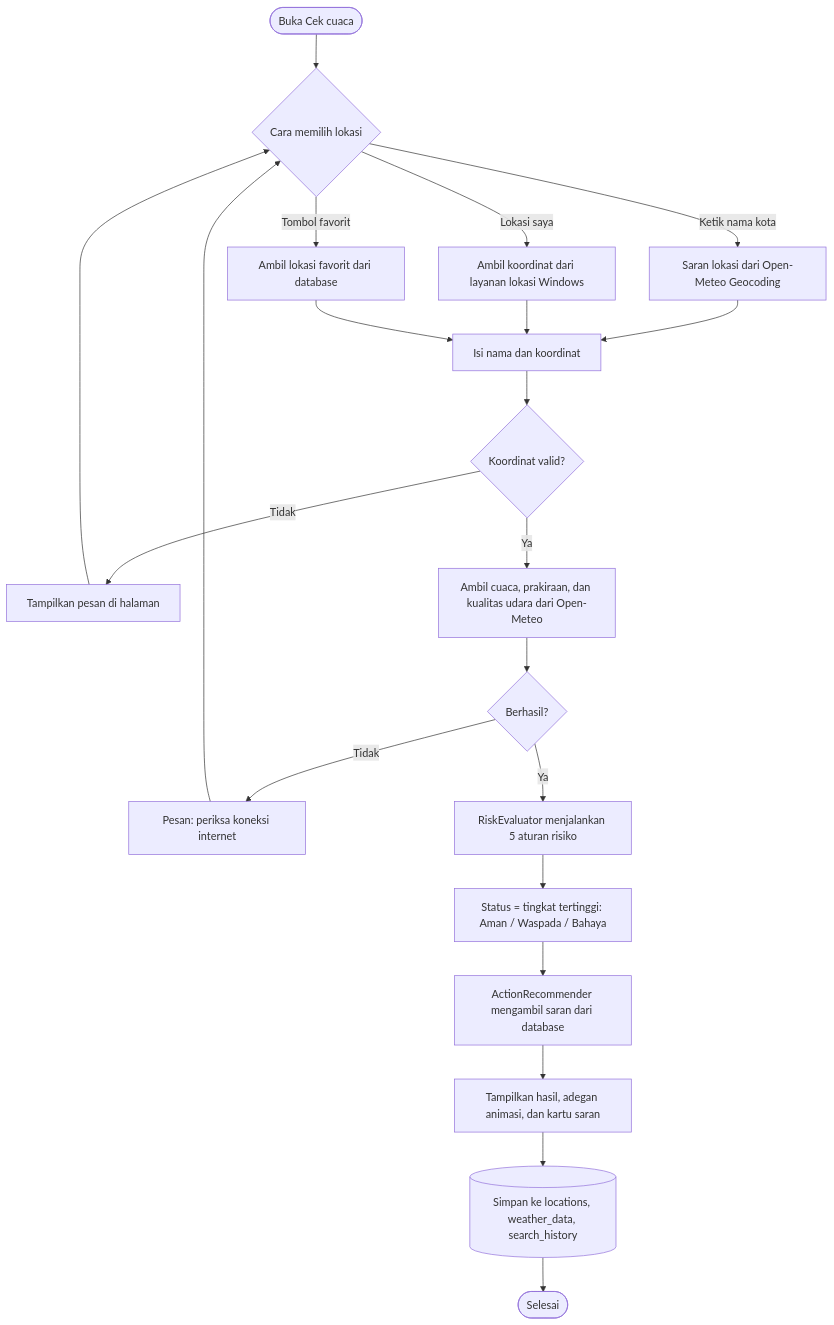
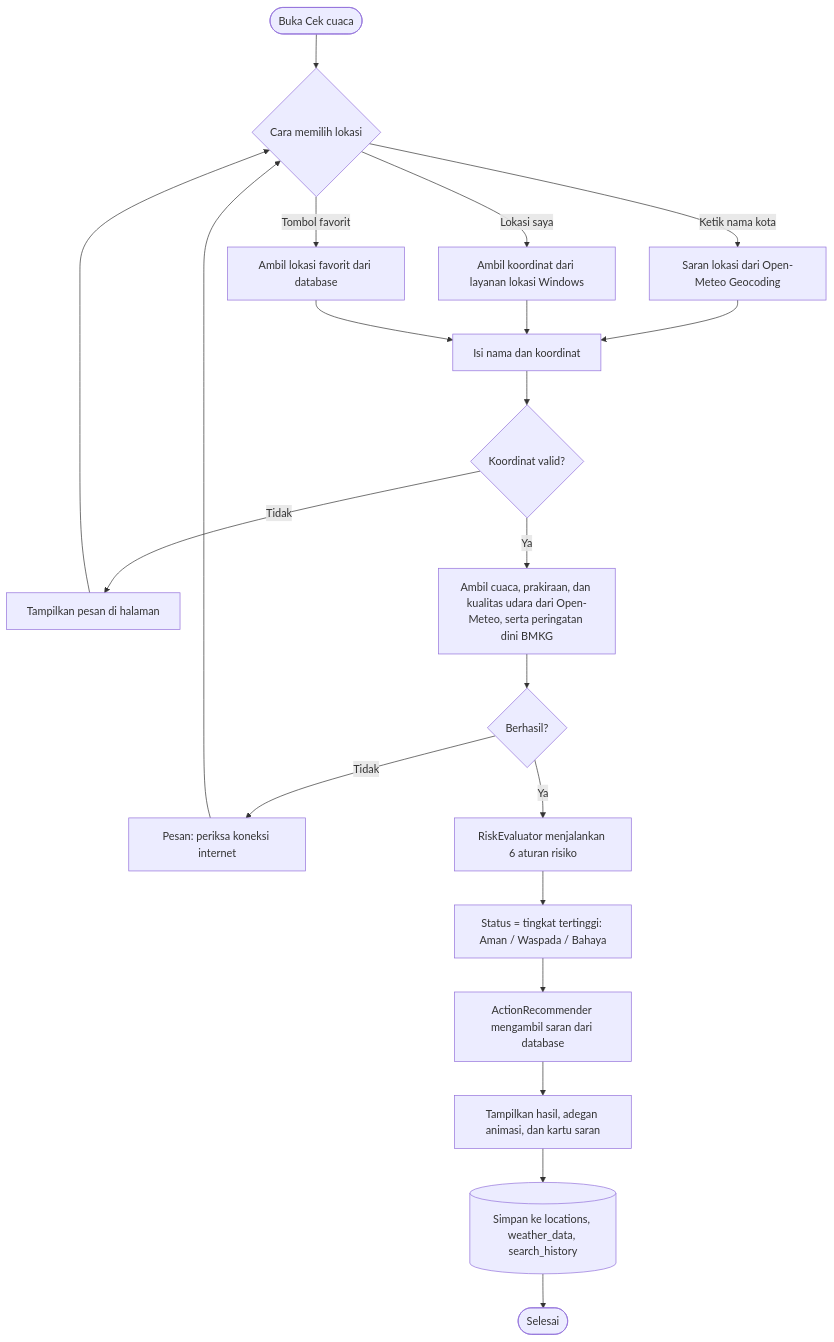
The diagram in docs/diagram/alur-cek-cuaca.mmd (dnday/Junpro6), drawn with Mermaid before and after one commit. The commit also changed 32 other files, not shown here.

Commit message:
docs: peringatan BMKG, diagram, dan hasil pengujian terbaru

```diff
--- a/docs/diagram/alur-cek-cuaca.mmd
+++ b/docs/diagram/alur-cek-cuaca.mmd
@@ -1,19 +1,19 @@
 flowchart TD
     A([Buka Cek cuaca]) --> B{Cara memilih lokasi}
     B -->|Ketik nama kota| C[Saran lokasi dari Open-Meteo Geocoding]
     B -->|Lokasi saya| D[Ambil koordinat dari layanan lokasi Windows]
     B -->|Tombol favorit| E[Ambil lokasi favorit dari database]
     C --> F[Isi nama dan koordinat]
     D --> F
     E --> F
     F --> G{Koordinat valid?}
     G -->|Tidak| H[Tampilkan pesan di halaman] --> B
-    G -->|Ya| I[Ambil cuaca, prakiraan, dan kualitas udara dari Open-Meteo]
+    G -->|Ya| I[Ambil cuaca, prakiraan, dan kualitas udara dari Open-Meteo, serta peringatan dini BMKG]
     I --> J{Berhasil?}
     J -->|Tidak| K[Pesan: periksa koneksi internet] --> B
-    J -->|Ya| L[RiskEvaluator menjalankan 5 aturan risiko]
+    J -->|Ya| L[RiskEvaluator menjalankan 6 aturan risiko]
     L --> M[Status = tingkat tertinggi: Aman / Waspada / Bahaya]
     M --> N[ActionRecommender mengambil saran dari database]
     N --> O[Tampilkan hasil, adegan animasi, dan kartu saran]
     O --> P[(Simpan ke locations, weather_data, search_history)]
     P --> Q([Selesai])
```
